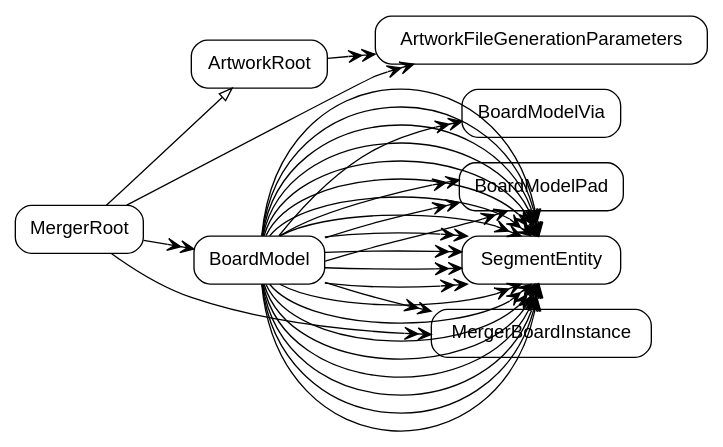
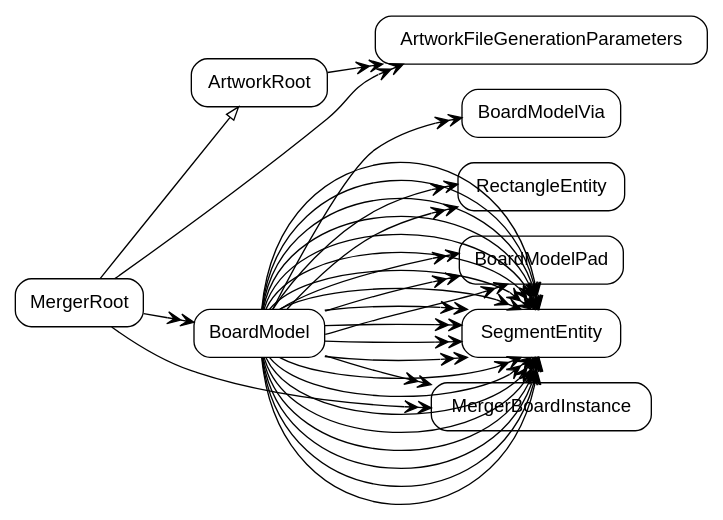
The diagram in models/strong-MergerRoot.dot (pierremolinaro/ElCanari-dev), drawn with Graphviz before and after one commit. The commit also changed 57 other files, not shown here.

```diff
--- a/models/strong-MergerRoot.dot
+++ b/models/strong-MergerRoot.dot
@@ -1,42 +1,45 @@
 digraph G {
   rankdir=LR ;
   node [shape=record fontname=helvetica style=rounded] ;
   MergerRoot ;
   ArtworkRoot ;
   ArtworkFileGenerationParameters ;
   BoardModel ;
   BoardModelVia ;
+  RectangleEntity ;
   BoardModelPad ;
   SegmentEntity ;
   MergerBoardInstance ;
   MergerRoot -> MergerBoardInstance [dir=both arrowtail=none arrowhead=veevee] ;
   MergerRoot -> BoardModel [dir=both arrowtail=none arrowhead=veevee] ;
   MergerRoot -> ArtworkFileGenerationParameters [dir=both arrowtail=none arrowhead=veevee] ;
   MergerRoot -> ArtworkRoot [dir=both arrowtail=none arrowhead=onormal] ;
   ArtworkRoot -> ArtworkFileGenerationParameters [dir=both arrowtail=none arrowhead=veevee] ;
   BoardModel -> SegmentEntity [dir=both arrowtail=none arrowhead=veevee] ;
   BoardModel -> SegmentEntity [dir=both arrowtail=none arrowhead=veevee] ;
   BoardModel -> SegmentEntity [dir=both arrowtail=none arrowhead=veevee] ;
   BoardModel -> SegmentEntity [dir=both arrowtail=none arrowhead=veevee] ;
   BoardModel -> SegmentEntity [dir=both arrowtail=none arrowhead=veevee] ;
   BoardModel -> SegmentEntity [dir=both arrowtail=none arrowhead=veevee] ;
   BoardModel -> BoardModelPad [dir=both arrowtail=none arrowhead=veevee] ;
   BoardModel -> SegmentEntity [dir=both arrowtail=none arrowhead=veevee] ;
   BoardModel -> SegmentEntity [dir=both arrowtail=none arrowhead=veevee] ;
   BoardModel -> SegmentEntity [dir=both arrowtail=none arrowhead=veevee] ;
   BoardModel -> SegmentEntity [dir=both arrowtail=none arrowhead=veevee] ;
   BoardModel -> SegmentEntity [dir=both arrowtail=none arrowhead=veevee] ;
   BoardModel -> SegmentEntity [dir=both arrowtail=none arrowhead=veevee] ;
   BoardModel -> SegmentEntity [dir=both arrowtail=none arrowhead=veevee] ;
   BoardModel -> SegmentEntity [dir=both arrowtail=none arrowhead=veevee] ;
   BoardModel -> BoardModelPad [dir=both arrowtail=none arrowhead=veevee] ;
   BoardModel -> SegmentEntity [dir=both arrowtail=none arrowhead=veevee] ;
   BoardModel -> SegmentEntity [dir=both arrowtail=none arrowhead=veevee] ;
   BoardModel -> SegmentEntity [dir=both arrowtail=none arrowhead=veevee] ;
   BoardModel -> SegmentEntity [dir=both arrowtail=none arrowhead=veevee] ;
   BoardModel -> SegmentEntity [dir=both arrowtail=none arrowhead=veevee] ;
   BoardModel -> SegmentEntity [dir=both arrowtail=none arrowhead=veevee] ;
+  BoardModel -> RectangleEntity [dir=both arrowtail=none arrowhead=veevee] ;
+  BoardModel -> RectangleEntity [dir=both arrowtail=none arrowhead=veevee] ;
   BoardModel -> MergerBoardInstance [dir=both arrowtail=none arrowhead=veevee] ;
   BoardModel -> BoardModelPad [dir=both arrowtail=none arrowhead=veevee] ;
   BoardModel -> BoardModelVia [dir=both arrowtail=none arrowhead=veevee] ;
 }
```
